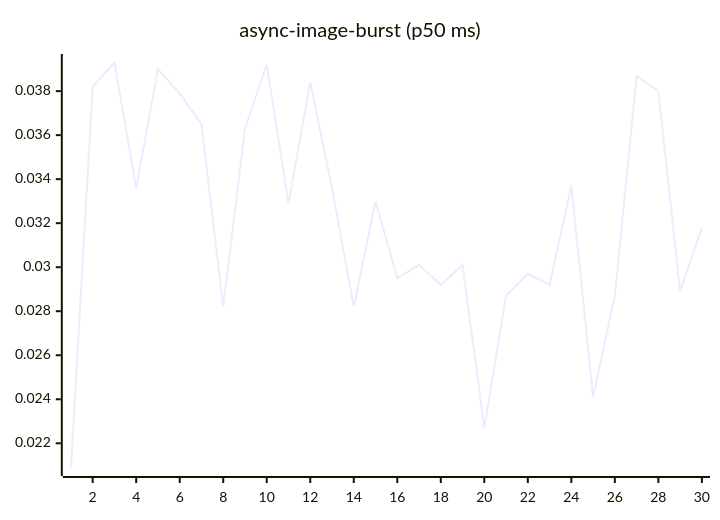
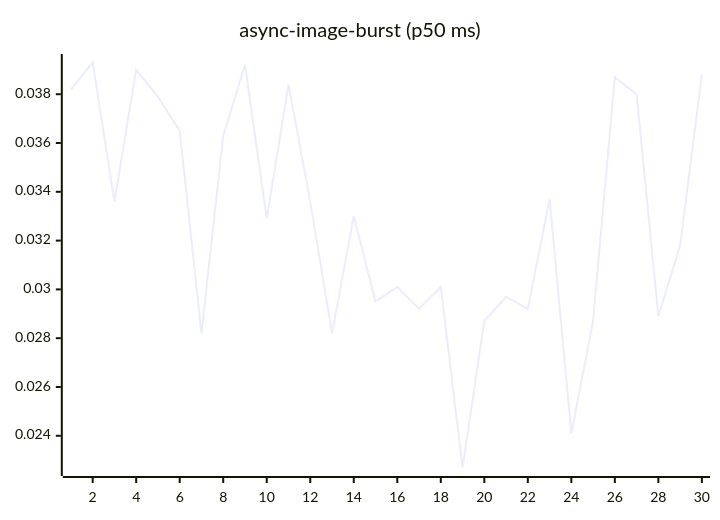
The fourth of 27 diagrams in README.md (josha/Facet), drawn with Mermaid before and after one commit. The commit also changed other lines of this file and 2 other files, not shown here.

````diff
--- a/README.md
+++ b/README.md
@@ -84,6 +84,6 @@
 ```mermaid
 xychart-beta
     title "async-image-burst (p50 ms)"
     x-axis 1 --> 30
-    line [0.0209, 0.0382, 0.0393, 0.0336, 0.0390, 0.0379, 0.0365, 0.0282, 0.0363, 0.0392, 0.0329, 0.0384, 0.0336, 0.0282, 0.0330, 0.0295, 0.0301, 0.0292, 0.0301, 0.0227, 0.0287, 0.0297, 0.0292, 0.0337, 0.0241, 0.0287, 0.0387, 0.0380, 0.0289, 0.0318]
+    line [0.0382, 0.0393, 0.0336, 0.0390, 0.0379, 0.0365, 0.0282, 0.0363, 0.0392, 0.0329, 0.0384, 0.0336, 0.0282, 0.0330, 0.0295, 0.0301, 0.0292, 0.0301, 0.0227, 0.0287, 0.0297, 0.0292, 0.0337, 0.0241, 0.0287, 0.0387, 0.0380, 0.0289, 0.0318, 0.0388]
 ```
````
